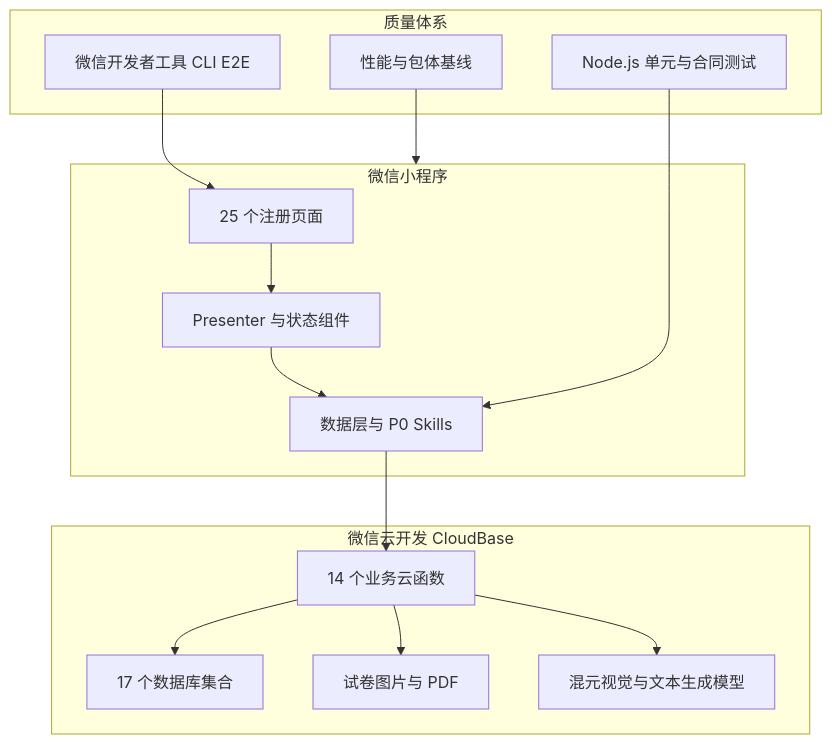
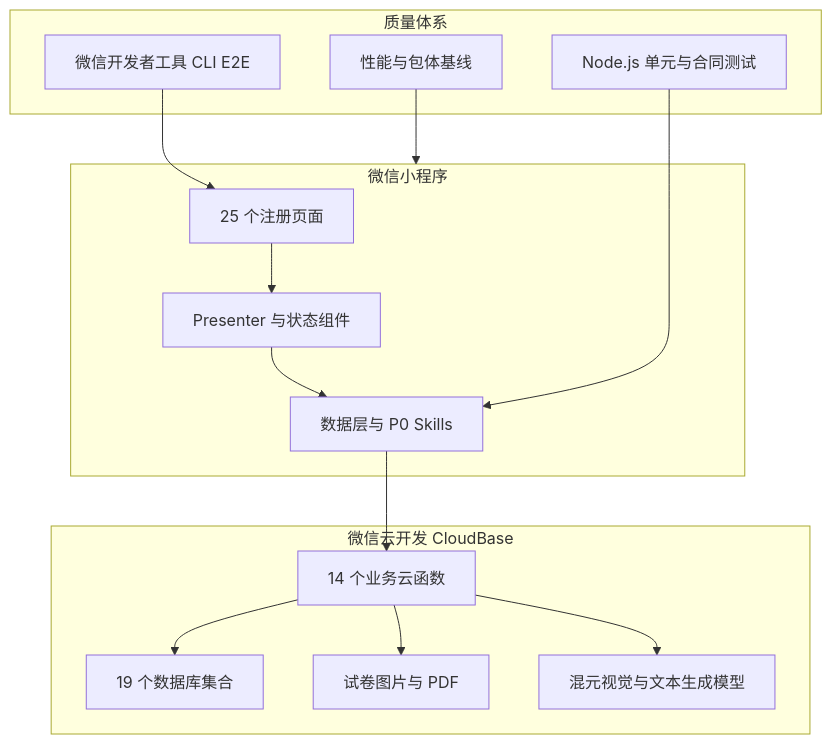
One commit to davyzhong/miniprogram-learning-diagnostic changed the second of 2 diagrams in README.md. Above: the diagram before and after it, drawn with Mermaid. The commit also changed other lines of this file and 16 other files, not shown here.

````diff
--- a/README.md
+++ b/README.md
@@ -122,26 +122,26 @@
 ```mermaid
 flowchart TB
     subgraph Client[微信小程序]
       Pages[25 个注册页面]
       Presenters[Presenter 与状态组件]
       Services[数据层与 P0 Skills]
     end
     subgraph Cloud[微信云开发 CloudBase]
       Functions[14 个业务云函数]
-      Database[17 个数据库集合]
+      Database[19 个数据库集合]
       Storage[试卷图片与 PDF]
       AI[混元视觉与文本生成模型]
     end
     subgraph Quality[质量体系]
       Unit[Node.js 单元与合同测试]
       CLI[微信开发者工具 CLI E2E]
       Perf[性能与包体基线]
     end
     Pages --> Presenters --> Services --> Functions
     Functions --> Database
     Functions --> Storage
     Functions --> AI
     Unit --> Services
     CLI --> Pages
     Perf --> Client
 ```
````
